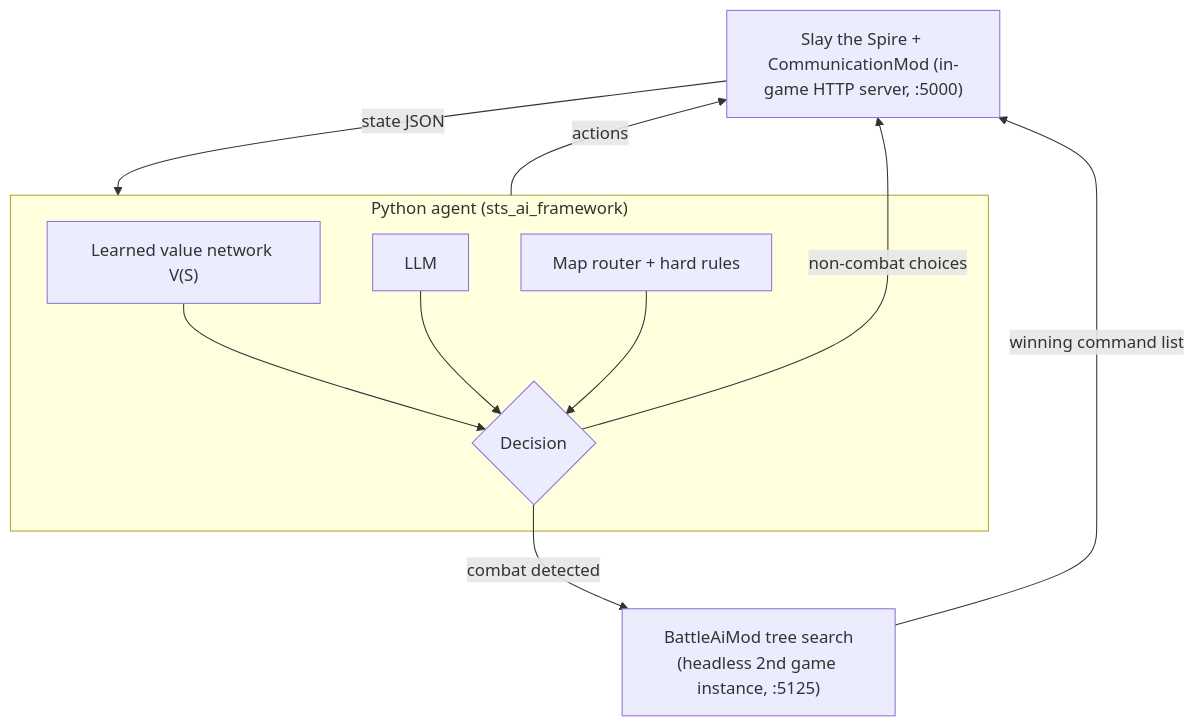
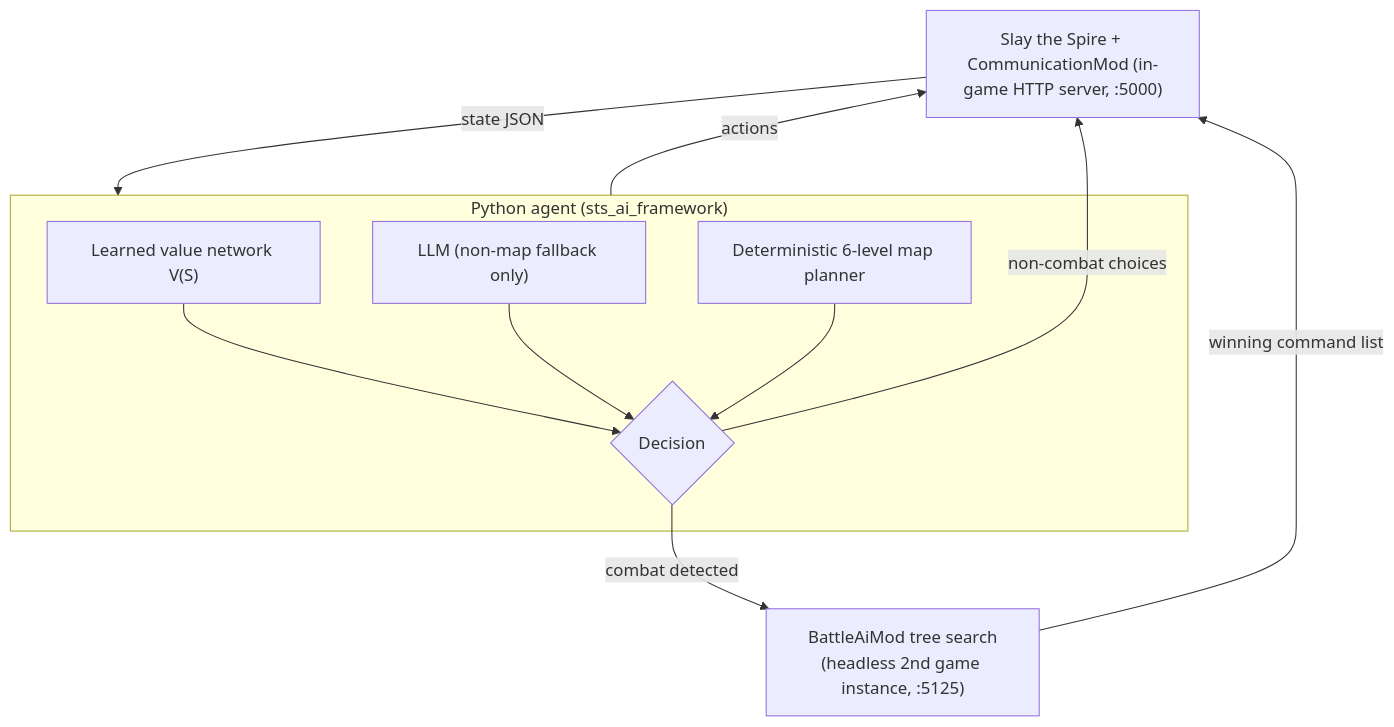
The diagram in README.md (Voyage-for-the-ideal/aiplayspire), drawn with Mermaid before and after one commit. The commit also changed other lines of this file and 74 other files, not shown here.

````diff
--- a/README.md
+++ b/README.md
@@ -23,13 +24,13 @@
 ```mermaid
 flowchart TB
     Game["Slay the Spire + CommunicationMod (in-game HTTP server, :5000)"] -->|state JSON| Agent
     Agent -->|actions| Game
     subgraph Agent["Python agent (sts_ai_framework)"]
         V["Learned value network V(S)"] --> D{"Decision"}
-        LLM["LLM"] --> D
-        R["Map router + hard rules"] --> D
+        LLM["LLM (non-map fallback only)"] --> D
+        R["Deterministic 6-level map planner"] --> D
     end
     D -->|non-combat choices| Game
     D -->|combat detected| Combat["BattleAiMod tree search<br/>(headless 2nd game instance, :5125)"]
     Combat -->|winning command list| Game
 ```
````
